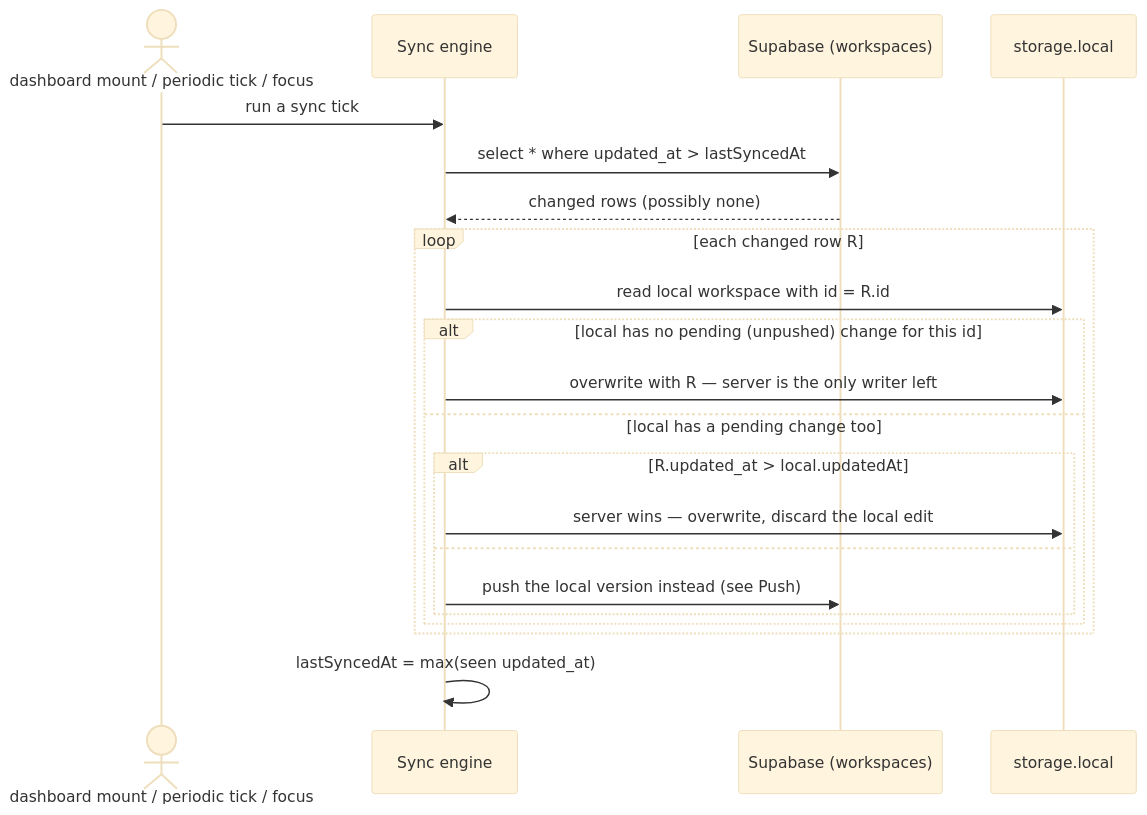
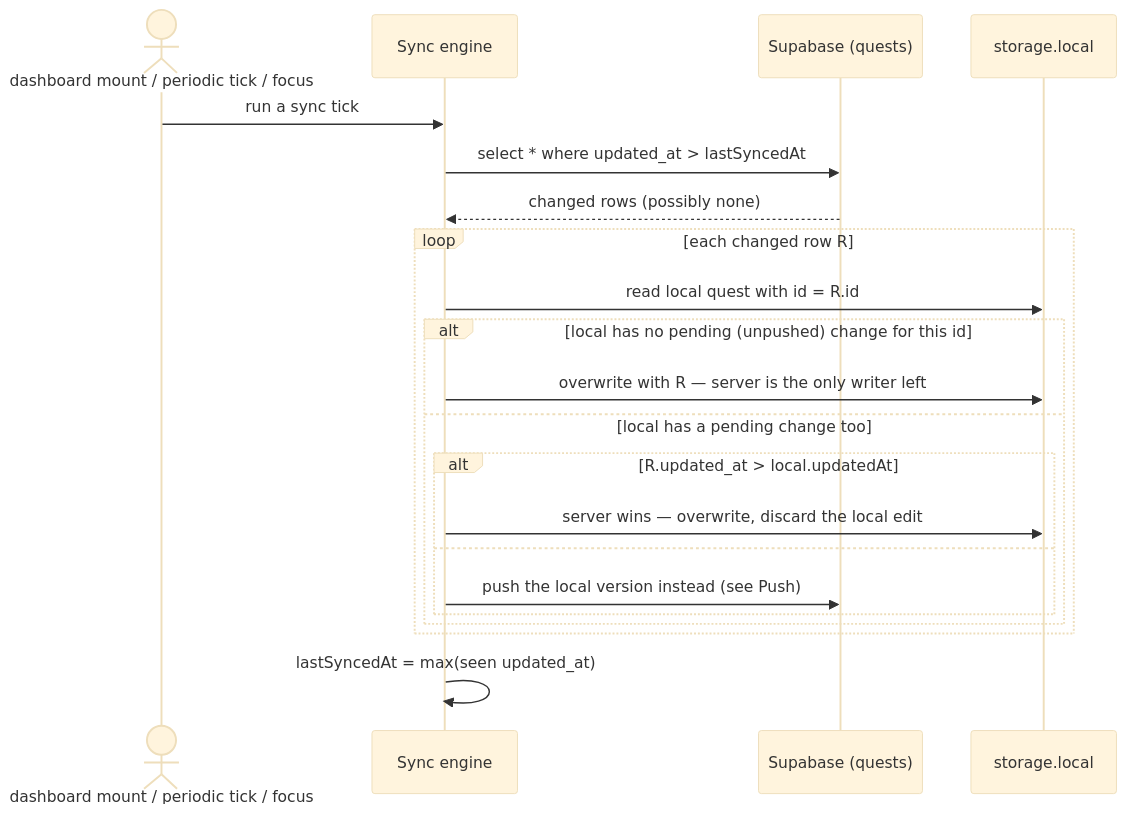
One commit to enyhma/cntxt changed the fourth of 8 diagrams in docs/architecture-sync.md. Above: the diagram before and after it, drawn with Mermaid (base theme). The commit also changed other lines of this file and 9 other files, not shown here.

````diff
--- a/docs/architecture-sync.md
+++ b/docs/architecture-sync.md
@@ -156,24 +160,24 @@
 ```mermaid
 sequenceDiagram
     actor Trigger as dashboard mount / periodic tick / focus
     participant Sync as Sync engine
-    participant PG as Supabase (workspaces)
+    participant PG as Supabase (quests)
     participant Local as storage.local
 
     Trigger->>Sync: run a sync tick
     Sync->>PG: select * where updated_at > lastSyncedAt
     PG-->>Sync: changed rows (possibly none)
     loop each changed row R
-        Sync->>Local: read local workspace with id = R.id
+        Sync->>Local: read local quest with id = R.id
         alt local has no pending (unpushed) change for this id
             Sync->>Local: overwrite with R — server is the only writer left
         else local has a pending change too
             alt R.updated_at > local.updatedAt
                 Sync->>Local: server wins — overwrite, discard the local edit
             else
                 Sync->>PG: push the local version instead (see Push)
             end
         end
     end
     Sync->>Sync: lastSyncedAt = max(seen updated_at)
 ```
````
